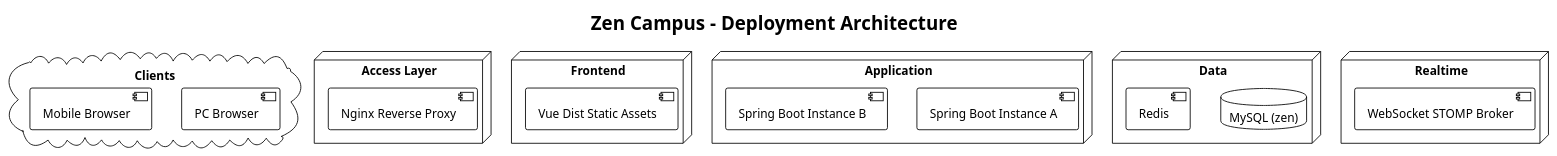
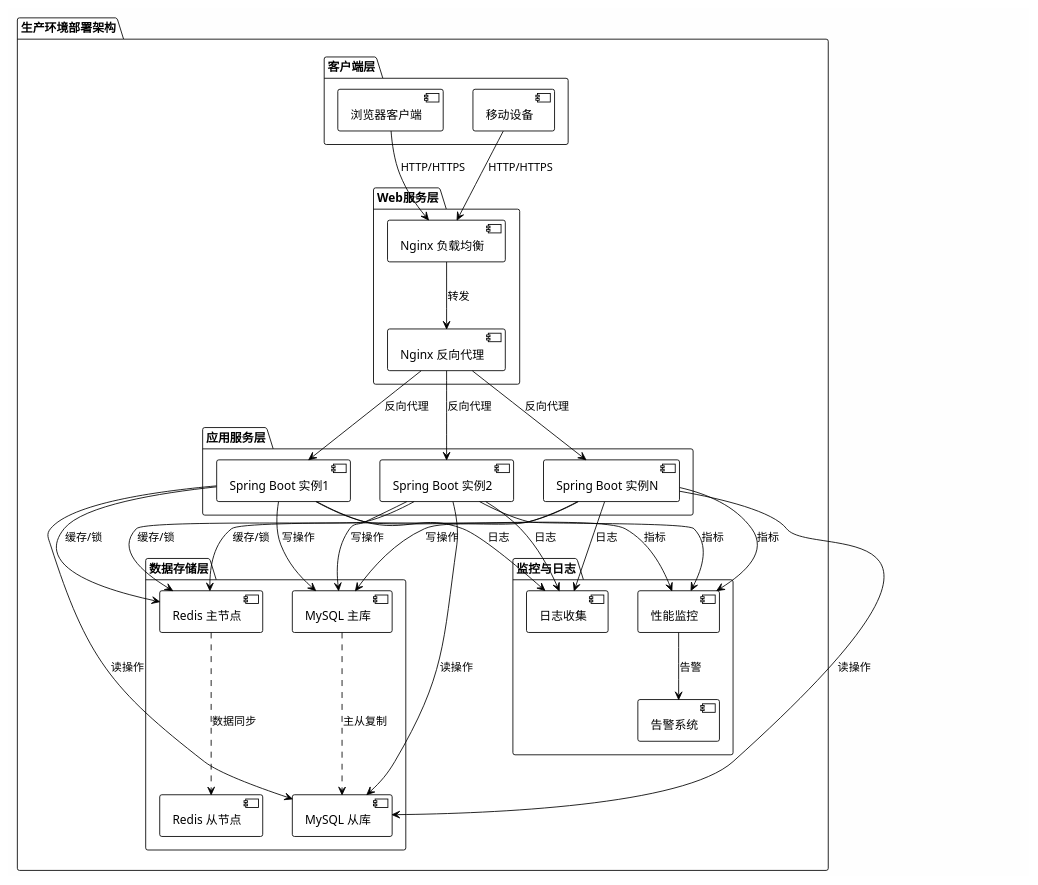
One commit to ooyyh/zen changed the diagram in report/result/charts/09_Deployment_Architecture.puml. Above: the diagram before and after it, drawn with PlantUML. The commit also changed 40 other files, not shown here.

```diff
--- a/report/result/charts/09_Deployment_Architecture.puml
+++ b/report/result/charts/09_Deployment_Architecture.puml
@@ -1,34 +1,66 @@
-@startuml Deployment Architecture
+@startuml Deployment_Architecture
 !theme plain
-skinparam backgroundColor #FFFFFF
+skinparam backgroundColor #FEFEFE
+skinparam classBackgroundColor #F0F0F0
 
-title Zen Campus - Deployment Architecture
+package "生产环境部署架构" {
+    package "客户端层" {
+        actor [浏览器客户端] as Browser
+        actor [移动设备] as Mobile
+    }
 
-cloud "Clients" {
-  [PC Browser]
-  [Mobile Browser]
-}
+    package "Web服务层" {
+        component [Nginx 负载均衡] as LB
+        component [Nginx 反向代理] as Proxy
+    }
 
-node "Access Layer" {
-  [Nginx Reverse Proxy]
-}
+    package "应用服务层" {
+        component [Spring Boot 实例1] as App1
+        component [Spring Boot 实例2] as App2
+        component [Spring Boot 实例N] as AppN
+    }
 
-node "Frontend" {
-  [Vue Dist Static Assets]
-}
+    package "数据存储层" {
+        database [MySQL 主库] as MySQLMaster
+        database [MySQL 从库] as MySQLSlave
+        database [Redis 主节点] as RedisMaster
+        database [Redis 从节点] as RedisSlave
+    }
 
-node "Application" {
-  [Spring Boot Instance A]
-  [Spring Boot Instance B]
-}
+    package "监控与日志" {
+        component [日志收集] as Logging
+        component [性能监控] as Monitor
+        component [告警系统] as Alert
+    }
 
-node "Data" {
-  database "MySQL (zen)"
-  [Redis]
-}
+    Browser --> LB : HTTP/HTTPS
+    Mobile --> LB : HTTP/HTTPS
+    LB --> Proxy : 转发
+    Proxy --> App1 : 反向代理
+    Proxy --> App2 : 反向代理
+    Proxy --> AppN : 反向代理
 
-node "Realtime" {
-  [WebSocket STOMP Broker]
+    App1 --> MySQLMaster : 写操作
+    App1 --> MySQLSlave : 读操作
+    App2 --> MySQLMaster : 写操作
+    App2 --> MySQLSlave : 读操作
+    AppN --> MySQLMaster : 写操作
+    AppN --> MySQLSlave : 读操作
+
+    App1 --> RedisMaster : 缓存/锁
+    App2 --> RedisMaster : 缓存/锁
+    AppN --> RedisMaster : 缓存/锁
+
+    MySQLMaster -.-> MySQLSlave : 主从复制
+    RedisMaster -.-> RedisSlave : 数据同步
+
+    App1 --> Logging : 日志
+    App2 --> Logging : 日志
+    AppN --> Logging : 日志
+    App1 --> Monitor : 指标
+    App2 --> Monitor : 指标
+    AppN --> Monitor : 指标
+    Monitor --> Alert : 告警
 }
 
 @enduml
```
